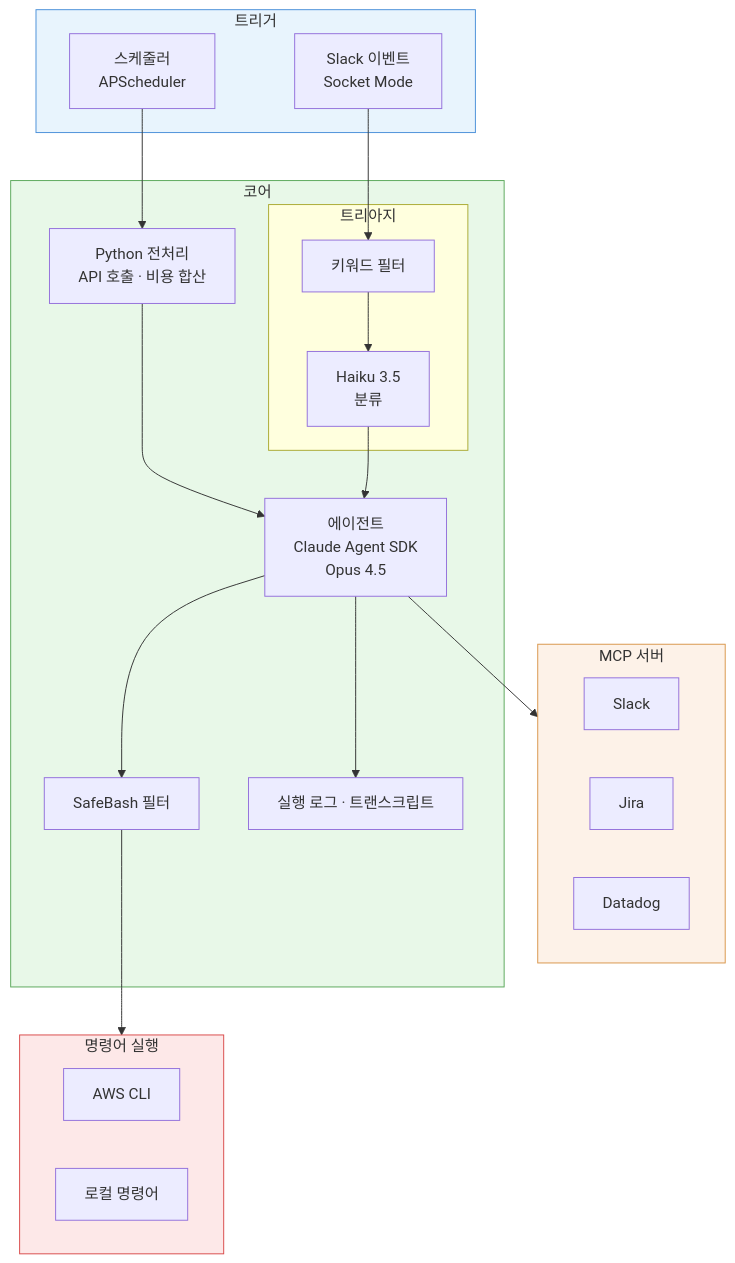
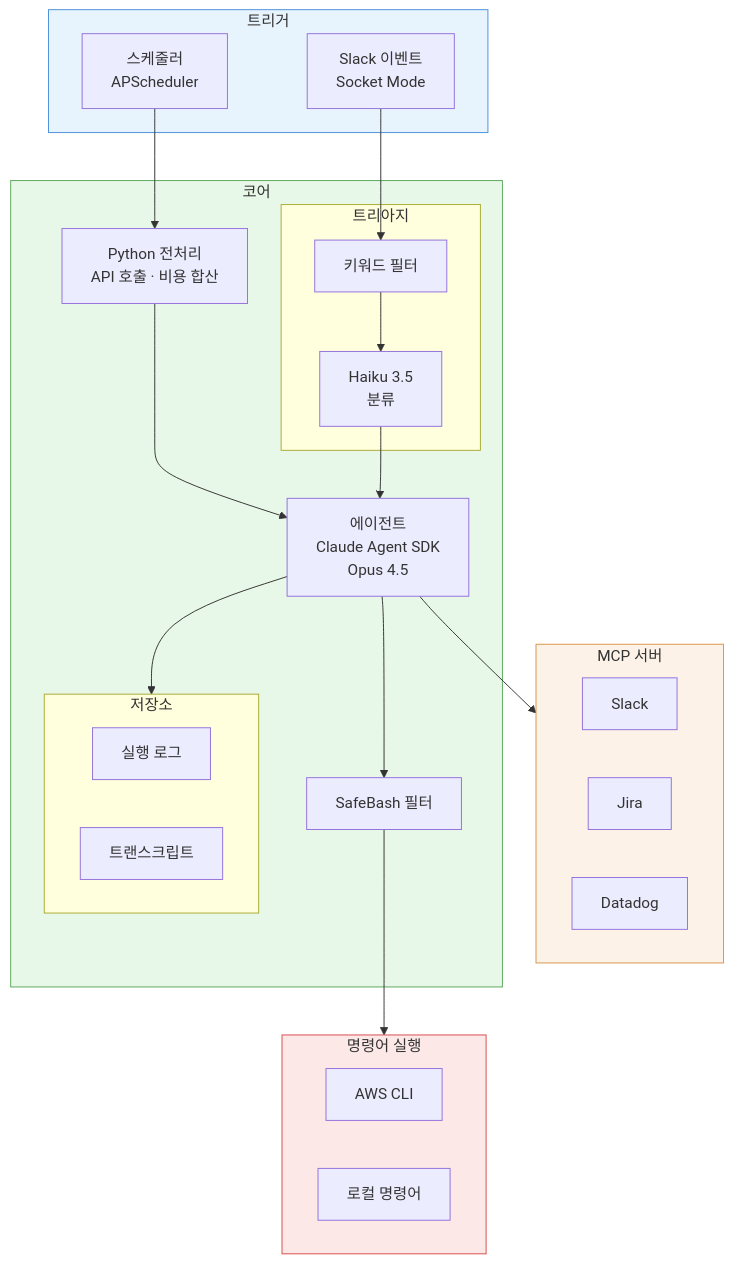
One commit to kimduksoo/duksoo-tech-blog changed the first of 3 diagrams in content/ai/ai-infra-automation.md. Above: the diagram before and after it, drawn with Mermaid.

Commit message:
실행 로그/트랜스크립트 저장소 서브그래프로 분리

````diff
--- a/content/ai/ai-infra-automation.md
+++ b/content/ai/ai-infra-automation.md
@@ -26,38 +26,42 @@
 ```mermaid
 flowchart TB
     subgraph 트리거
         Cron[스케줄러<br/>APScheduler]
         Event[Slack 이벤트<br/>Socket Mode]
     end
 
     subgraph MCP[MCP 서버]
         S[Slack]
         J[Jira]
         D[Datadog]
     end
 
     subgraph 코어
         subgraph 트리아지
             KW[키워드 필터] --> Haiku[Haiku 3.5<br/>분류]
         end
         Pre[Python 전처리<br/>API 호출 · 비용 합산] --> Agent[에이전트<br/>Claude Agent SDK<br/>Opus 4.5]
         Haiku --> Agent
         Agent --> Safe[SafeBash 필터]
-        Agent --> Log[실행 로그 · 트랜스크립트]
+        subgraph 저장소
+            Log[실행 로그]
+            Transcript[트랜스크립트]
+        end
+        Agent --> 저장소
     end
 
     subgraph CLI[명령어 실행]
         AWS[AWS CLI]
         Local[로컬 명령어]
     end
 
     Cron --> Pre
     Event --> KW
     Agent --> MCP
     Safe --> CLI
 
     style 트리거 fill:#e8f4fd,stroke:#4a90d9
     style 코어 fill:#e8f8e8,stroke:#5ba85b
     style MCP fill:#fdf2e8,stroke:#d9964a
     style CLI fill:#fde8e8,stroke:#d94a4a
 ```
````
